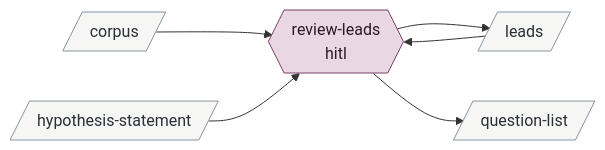
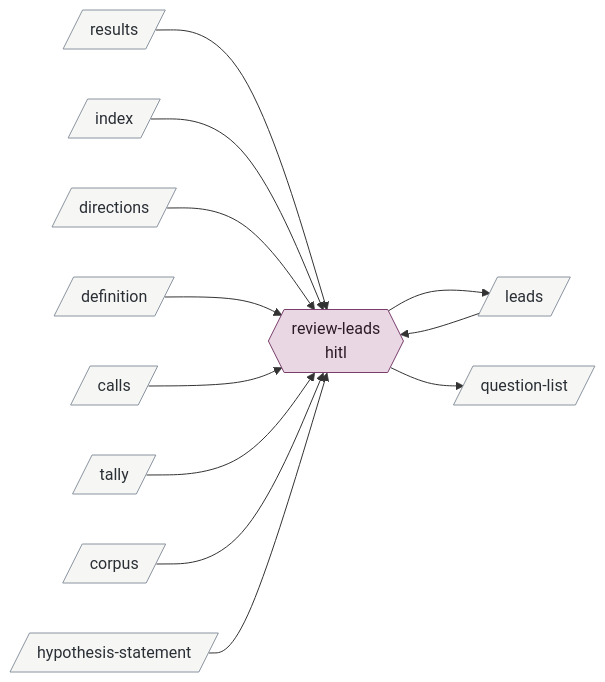
Before and after one commit to bc414/StoryPlanner: the tenth of 16 diagrams in .claude/skills/v3-buildout-2/map.md, drawn with Mermaid. The commit also changed other lines of this file and 18 other files, not shown here.

Commit message:
Leads schema

````diff
--- a/.claude/skills/v3-buildout-2/map.md
+++ b/.claude/skills/v3-buildout-2/map.md
@@ -450,20 +450,32 @@
 ```mermaid
 flowchart LR
   classDef hitl fill:#e9d8e4,stroke:#7a3e6d,color:#2b1a27
   classDef session fill:#dce6f0,stroke:#3b5b7c,color:#14202c
   classDef agent fill:#f5e6c8,stroke:#b7791f,color:#3a2a08
   classDef artifact fill:#f6f6f4,stroke:#8a94a0,color:#2a2f36
   classDef activity fill:#dcebdd,stroke:#4b7f52,color:#122816
   classDef terminus fill:#e4e4ea,stroke:#5b5b7a,color:#1c1c2c
   reviewleads{{"review-leads<br/>hitl"}}:::hitl
+  calls[/"calls"/]:::artifact
   corpus[/"corpus"/]:::artifact
+  definition[/"definition"/]:::artifact
+  directions[/"directions"/]:::artifact
   hypothesisstatement[/"hypothesis-statement"/]:::artifact
+  index[/"index"/]:::artifact
   leads[/"leads"/]:::artifact
   questionlist[/"question-list"/]:::artifact
+  results[/"results"/]:::artifact
+  tally[/"tally"/]:::artifact
 
   leads --> reviewleads
+  results --> reviewleads
+  index --> reviewleads
+  directions --> reviewleads
+  definition --> reviewleads
+  calls --> reviewleads
+  tally --> reviewleads
   corpus --> reviewleads
   hypothesisstatement --> reviewleads
   reviewleads --> leads
   reviewleads --> questionlist
 ```
````
